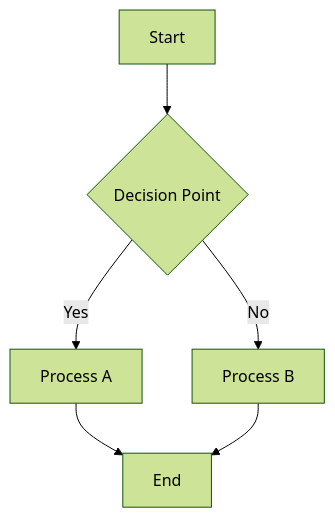
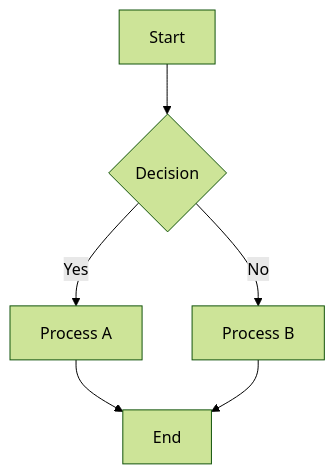
One commit to vishalm/readme2readall changed the first of 2 diagrams in README.md. Above: the diagram before and after it, drawn with Mermaid (forest theme). The commit also changed other lines of this file and 10 other files, not shown here.

````diff
--- a/README.md
+++ b/README.md
@@ -508,8 +96,8 @@
 ```mermaid
 graph TD
-    A[Start] --> B{Decision Point}
+    A[Start] --> B{Decision}
     B -->|Yes| C[Process A]
     B -->|No| D[Process B]
     C --> E[End]
     D --> E
 ```
````
